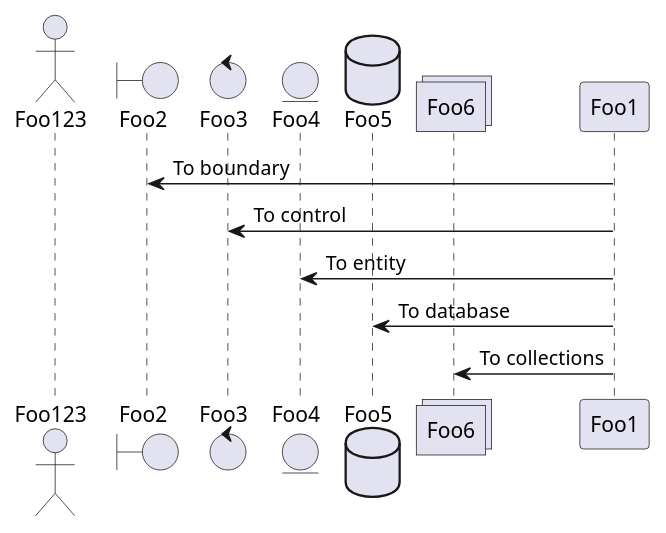
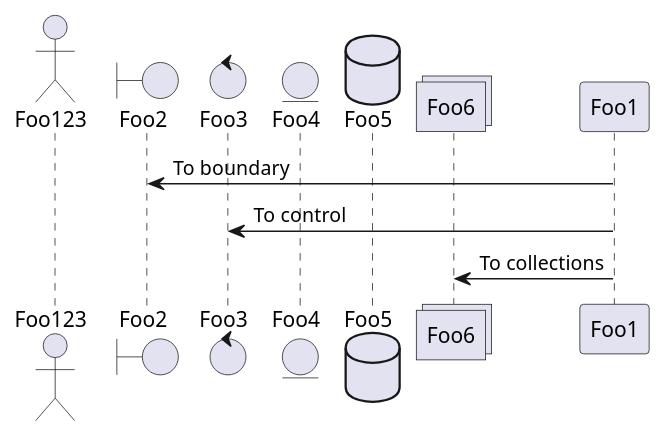
One commit to ethomasjoseph/testpuml changed the diagram in simple-sequence.puml. Above: the diagram before and after it, drawn with PlantUML.

```diff
--- a/simple-sequence.puml
+++ b/simple-sequence.puml
@@ -1,13 +1,11 @@
 @startuml
 actor Foo123
 boundary Foo2
 control Foo3
 entity Foo4
 database Foo5
 collections Foo6
 Foo1 -> Foo2 : To boundary
 Foo1 -> Foo3 : To control
-Foo1 -> Foo4 : To entity
-Foo1 -> Foo5 : To database
 Foo1 -> Foo6 : To collections
 @enduml
```
